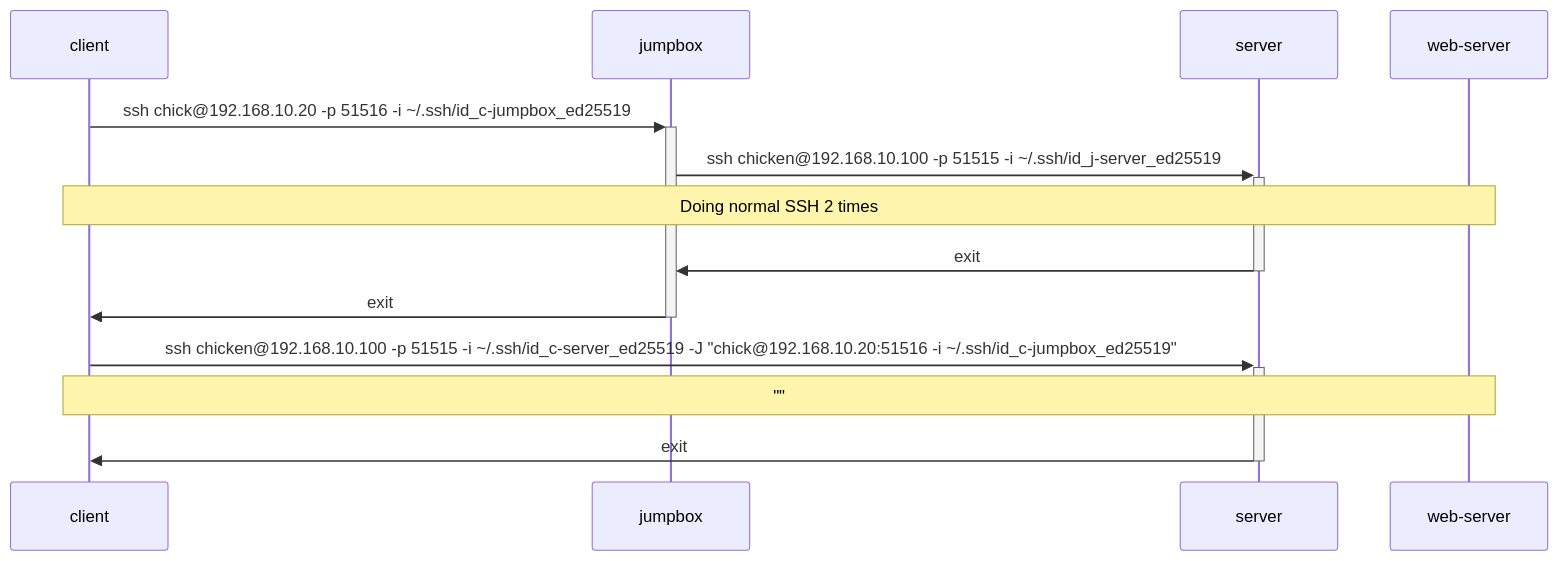
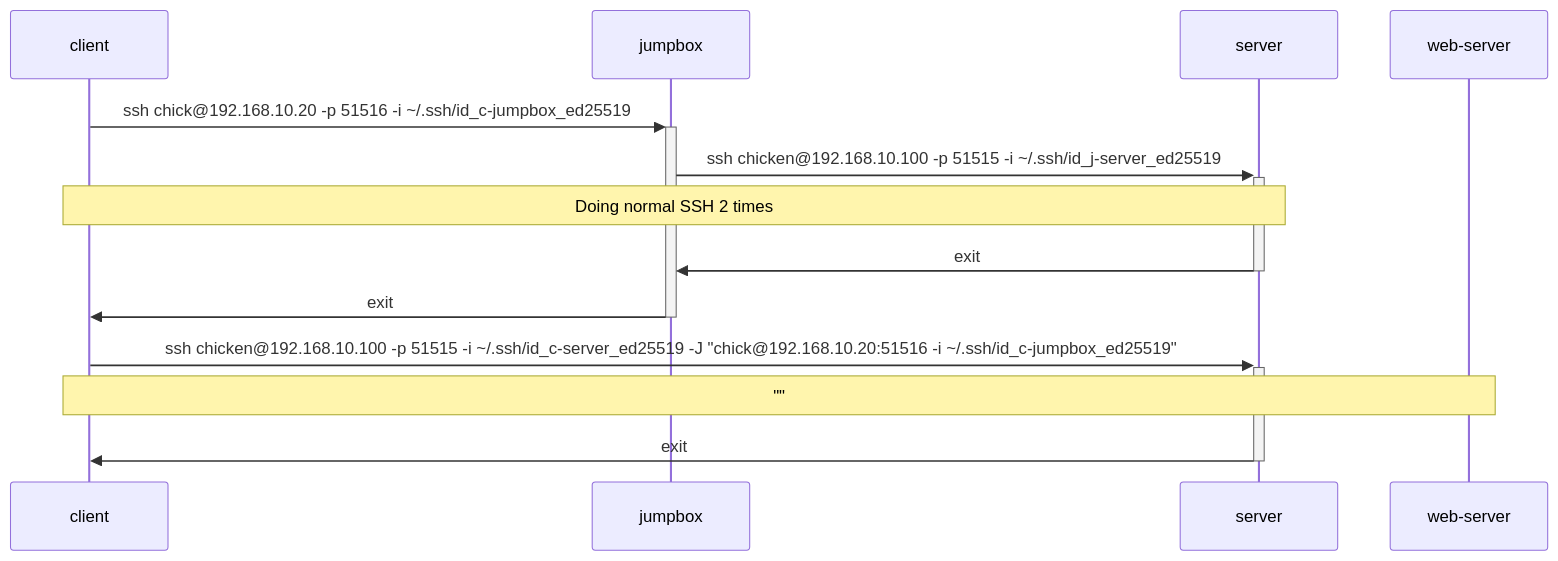
The diagram in proxy-jump.md (qwasium/ssh-memo), drawn with Mermaid before and after one commit.

````diff
--- a/proxy-jump.md
+++ b/proxy-jump.md
@@ -35,12 +35,12 @@
 ```mermaid
 sequenceDiagram
   client ->> +jumpbox: ssh chick@192.168.10.20 -p 51516 -i ~/.ssh/id_c-jumpbox_ed25519
   jumpbox ->> +server: ssh chicken@192.168.10.100 -p 51515 -i ~/.ssh/id_j-server_ed25519
-  Note over client,web-server: Doing normal SSH 2 times
+  Note over client,server: Doing normal SSH 2 times
   server ->> -jumpbox: exit
   jumpbox ->> -client: exit
 
   client ->> +server: ssh chicken@192.168.10.100 -p 51515 -i ~/.ssh/id_c-server_ed25519 -J "chick@192.168.10.20:51516 -i ~/.ssh/id_c-jumpbox_ed25519"
   Note over client,web-server: ""
   server ->> -client: exit
 ```
````
